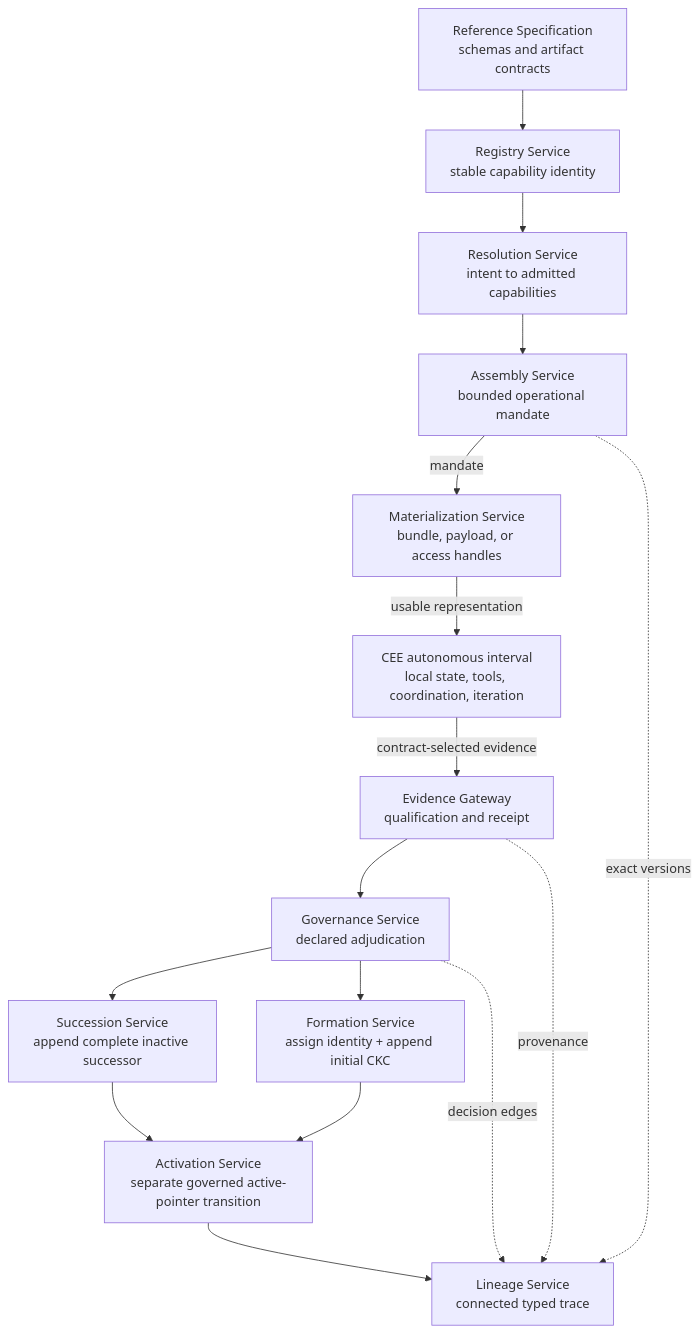
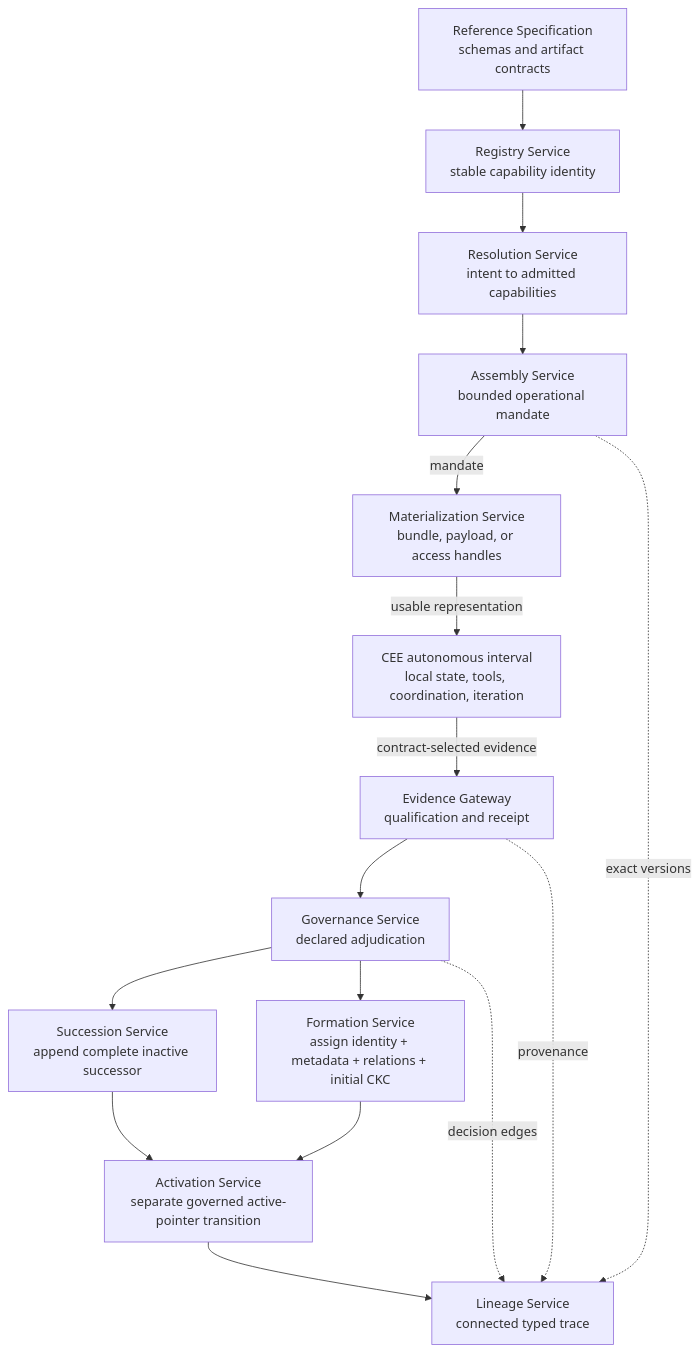
One commit to mgarralda/knowledge-centric-ai changed the diagram in papers/institutional-capability-lineages/reference-implementation/ARCHITECTURE.md. Above: the diagram before and after it, drawn with Mermaid. The commit also changed other lines of this file and 20 other files, not shown here.

````diff
--- a/papers/institutional-capability-lineages/reference-implementation/ARCHITECTURE.md
+++ b/papers/institutional-capability-lineages/reference-implementation/ARCHITECTURE.md
@@ -18,32 +18,32 @@
 ```mermaid
 flowchart TD
     SPEC["Reference Specification<br/>schemas and artifact contracts"]
     REG["Registry Service<br/>stable capability identity"]
     RES["Resolution Service<br/>intent to admitted capabilities"]
     ASM["Assembly Service<br/>bounded operational mandate"]
     MAT["Materialization Service<br/>bundle, payload, or access handles"]
     CEE["CEE autonomous interval<br/>local state, tools, coordination, iteration"]
     EVD["Evidence Gateway<br/>qualification and receipt"]
     GOV["Governance Service<br/>declared adjudication"]
     SUC["Succession Service<br/>append complete inactive successor"]
-    FORM["Formation Service<br/>assign identity + append initial CKC"]
+    FORM["Formation Service<br/>assign identity + metadata + relations + initial CKC"]
     ACT["Activation Service<br/>separate governed active-pointer transition"]
     LIN["Lineage Service<br/>connected typed trace"]
 
     SPEC --> REG
     REG --> RES
     RES --> ASM
     ASM -->|"mandate"| MAT
     MAT -->|"usable representation"| CEE
     CEE -->|"contract-selected evidence"| EVD
     EVD --> GOV
     GOV --> SUC
     SUC --> ACT
     GOV --> FORM
     FORM --> ACT
     ACT --> LIN
 
     ASM -. "exact versions" .-> LIN
     EVD -. "provenance" .-> LIN
     GOV -. "decision edges" .-> LIN
 ```
````
